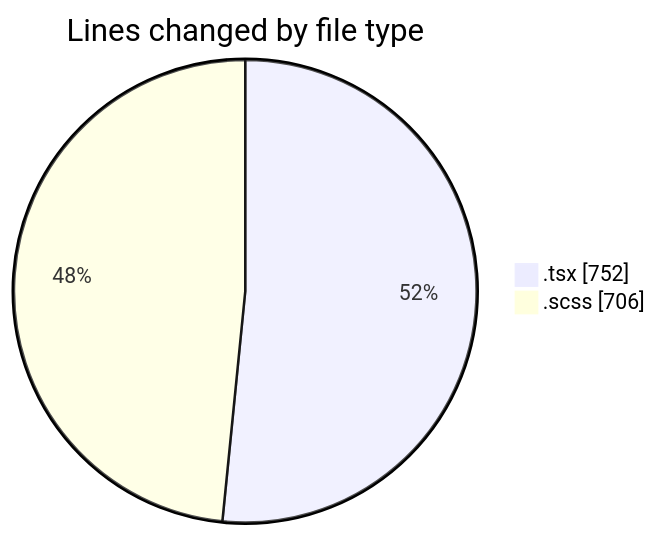
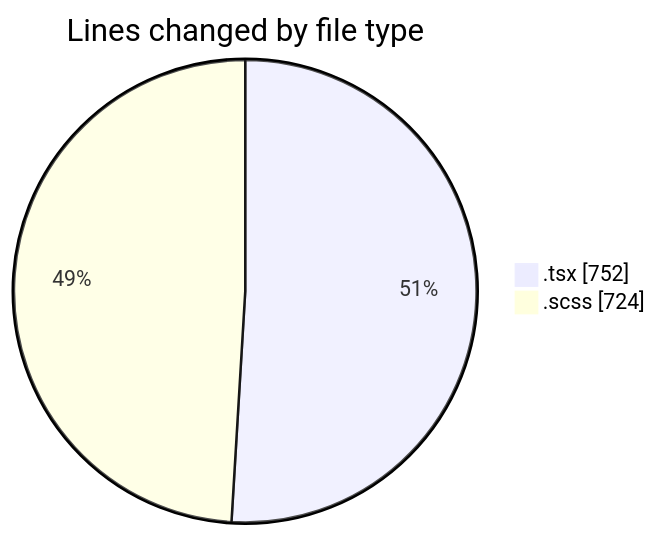
Before and after one commit to momahboobian/code-tracking: the first of 2 diagrams in 2025-10-06/cda/README.md, drawn with Mermaid. The commit also changed other lines of this file and 1 other file, not shown here.

````diff
--- a/2025-10-06/cda/README.md
+++ b/2025-10-06/cda/README.md
@@ -24,6 +24,6 @@
 ```mermaid
 pie showData
 title Lines changed by file type
 ".tsx" : 752
-".scss" : 706
+".scss" : 724
 ```
````
